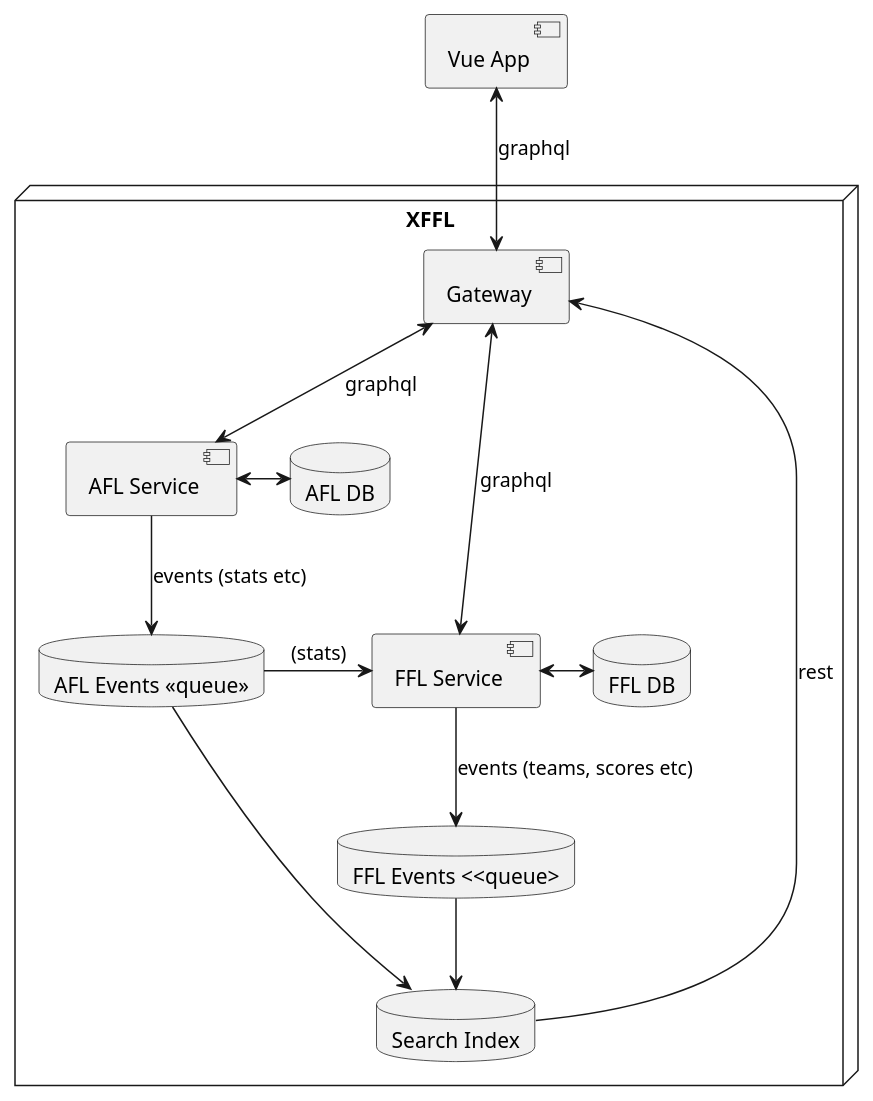
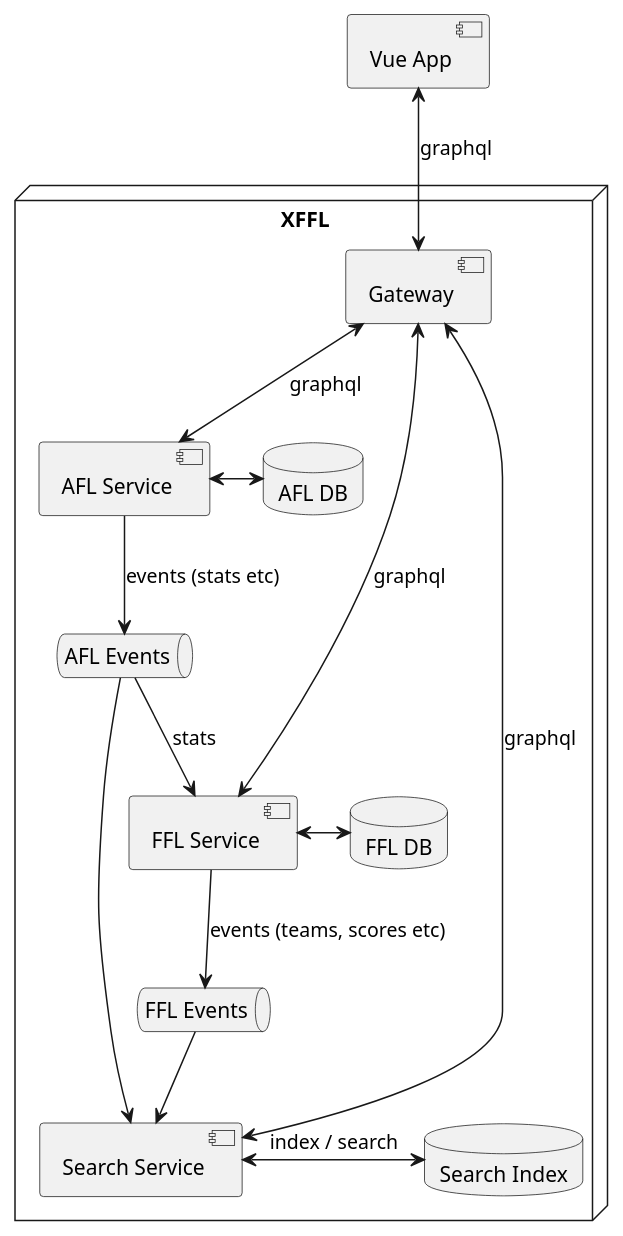
One commit to ruiboy/xffl changed the diagram in doc/logical-view.puml. Above: the diagram before and after it, drawn with PlantUML. The commit also changed 53 other files, not shown here.

First line of the commit message:
Search Service over Typesense

```diff
--- a/doc/logical-view.puml
+++ b/doc/logical-view.puml
@@ -1,28 +1,36 @@
 @startuml
 
 [Vue App] as vueapp
 
 node "XFFL" {
   [Gateway] as gateway
+
   [AFL Service] as aflservice
   [FFL Service] as fflservice
+  [Search Service] as searchservice
+
   database "AFL DB" as afldb
   database "FFL DB" as ffldb
-  database "AFL Events <<queue>>" as aflqueue
-  database "FFL Events <<queue>" as fflqueue
+  queue "AFL Events" as aflqueue
+  queue "FFL Events" as fflqueue
   database "Search Index" as searchindex
 }
 
 vueapp <--> gateway : graphql
+
 gateway <--> aflservice : graphql
 aflservice <-> afldb
 aflservice --> aflqueue : "events (stats etc)"
-aflqueue --> searchindex
-aflqueue -> fflservice : (stats)
+aflqueue --> searchservice
+aflqueue --> fflservice : stats
+
 gateway <--> fflservice : graphql
 fflservice <-> ffldb
 fflservice --> fflqueue : "events (teams, scores etc)"
-fflqueue --> searchindex
-gateway <-- searchindex : rest
+fflqueue --> searchservice
+
+gateway <--> searchservice : graphql
+searchservice <-> searchindex : index / search
+
 
 @enduml
```
